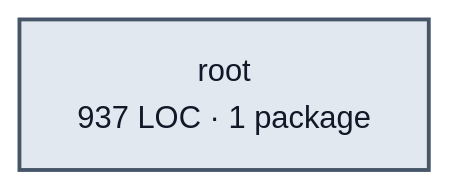
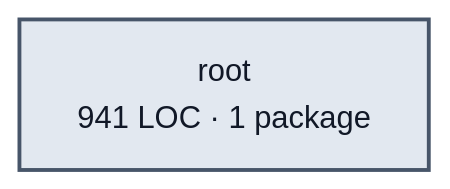
Before and after one commit to portpowered/you-agent-factory: the diagram in docs/architecture/visualizations/services/edges.md, drawn with Mermaid. The commit also changed other lines of this file and 20 other files, not shown here.

Commit message:
docs: refresh backend architecture visualizations

````diff
--- a/docs/architecture/visualizations/services/edges.md
+++ b/docs/architecture/visualizations/services/edges.md
@@ -11,5 +11,5 @@
 ```mermaid
 flowchart LR
-  p0["root<br/>937 LOC · 1 package"]
+  p0["root<br/>941 LOC · 1 package"]
   style p0 fill:#e2e8f0,stroke:#475569,stroke-width:2px,color:#111827
 ```
````
